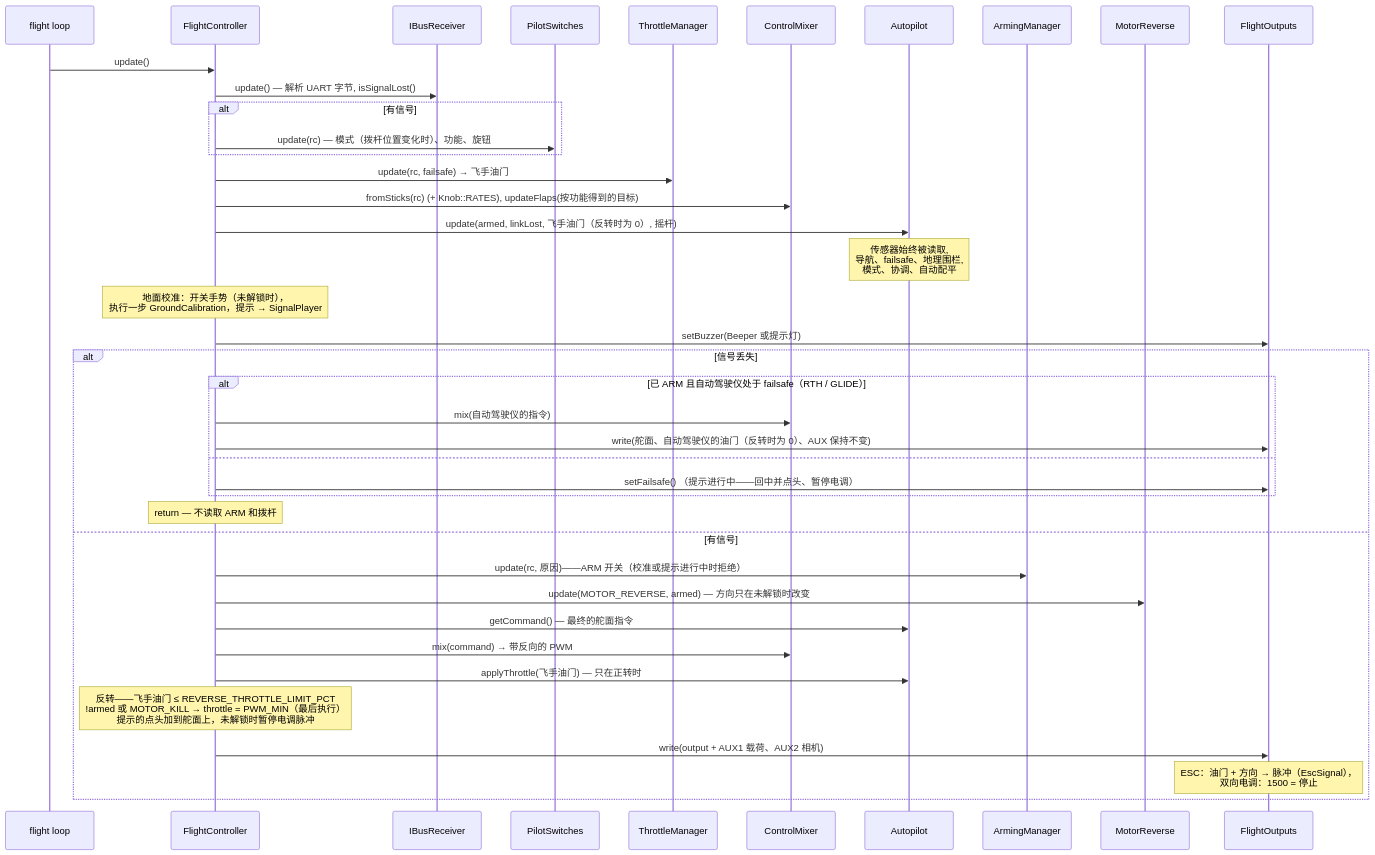
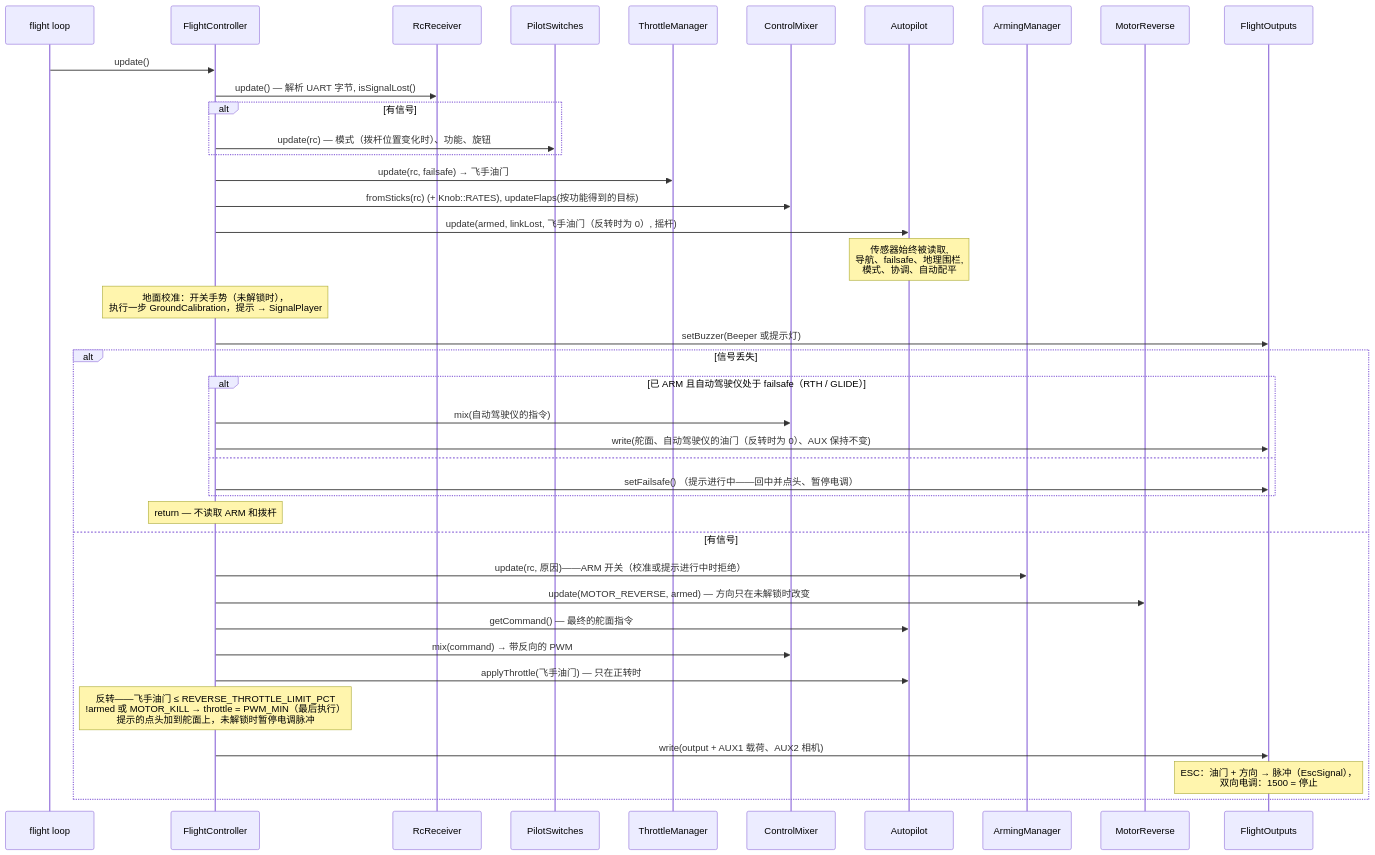
Before and after one commit to damir-lebedev/OpenPlaneProject: the sixth of 12 diagrams in docs/i18n/zh-CN/ARCHITECTURE.md, drawn with Mermaid. The commit also changed other lines of this file and 219 other files, not shown here.

````diff
--- a/docs/i18n/zh-CN/ARCHITECTURE.md
+++ b/docs/i18n/zh-CN/ARCHITECTURE.md
@@ -355,43 +355,43 @@
 ```mermaid
 sequenceDiagram
     participant L as flight loop
     participant FC as FlightController
-    participant RX as IBusReceiver
+    participant RX as RcReceiver
     participant SW as PilotSwitches
     participant TM as ThrottleManager
     participant MX as ControlMixer
     participant AP as Autopilot
     participant AM as ArmingManager
     participant MR as MotorReverse
     participant OUT as FlightOutputs
 
     L->>FC: update()
     FC->>RX: update() — 解析 UART 字节, isSignalLost()
     alt 有信号
         FC->>SW: update(rc) — 模式（拨杆位置变化时）、功能、旋钮
     end
     FC->>TM: update(rc, failsafe) → 飞手油门
     FC->>MX: fromSticks(rc) (+ Knob::RATES), updateFlaps(按功能得到的目标)
     FC->>AP: update(armed, linkLost, 飞手油门（反转时为 0）, 摇杆)
     Note over AP: 传感器始终被读取,<br/>导航、failsafe、地理围栏,<br/>模式、协调、自动配平
     Note over FC: 地面校准：开关手势（未解锁时），<br/>执行一步 GroundCalibration，提示 → SignalPlayer
     FC->>OUT: setBuzzer(Beeper 或提示灯)
     alt 信号丢失
         alt 已 ARM 且自动驾驶仪处于 failsafe（RTH / GLIDE）
             FC->>MX: mix(自动驾驶仪的指令)
             FC->>OUT: write(舵面、自动驾驶仪的油门（反转时为 0）、AUX 保持不变)
         else
             FC->>OUT: setFailsafe() （提示进行中——回中并点头、暂停电调）
         end
         Note over FC: return — 不读取 ARM 和拨杆
     else 有信号
         FC->>AM: update(rc, 原因)——ARM 开关（校准或提示进行中时拒绝）
         FC->>MR: update(MOTOR_REVERSE, armed) — 方向只在未解锁时改变
         FC->>AP: getCommand() — 最终的舵面指令
         FC->>MX: mix(command) → 带反向的 PWM
         FC->>AP: applyThrottle(飞手油门) — 只在正转时
         Note over FC: 反转——飞手油门 ≤ REVERSE_THROTTLE_LIMIT_PCT<br/>!armed 或 MOTOR_KILL → throttle = PWM_MIN（最后执行）<br/>提示的点头加到舵面上，未解锁时暂停电调脉冲
         FC->>OUT: write(output + AUX1 载荷、AUX2 相机)
         Note over OUT: ESC：油门 + 方向 → 脉冲（EscSignal），<br/>双向电调：1500 = 停止
     end
 ```
````
